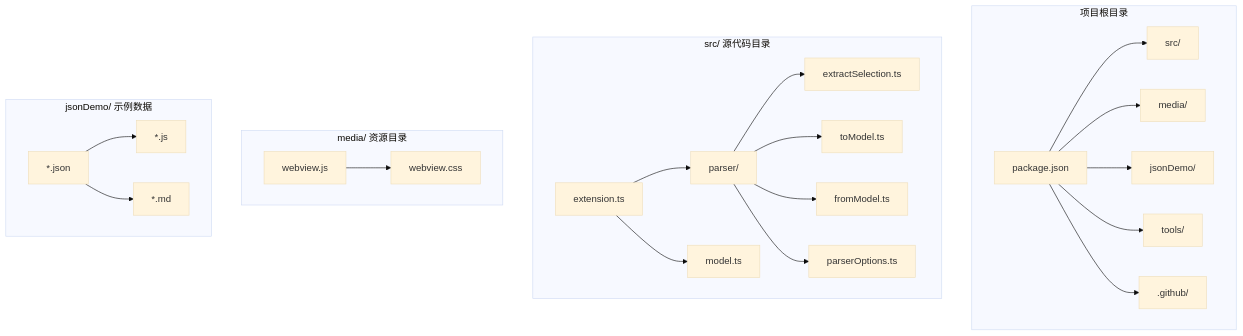
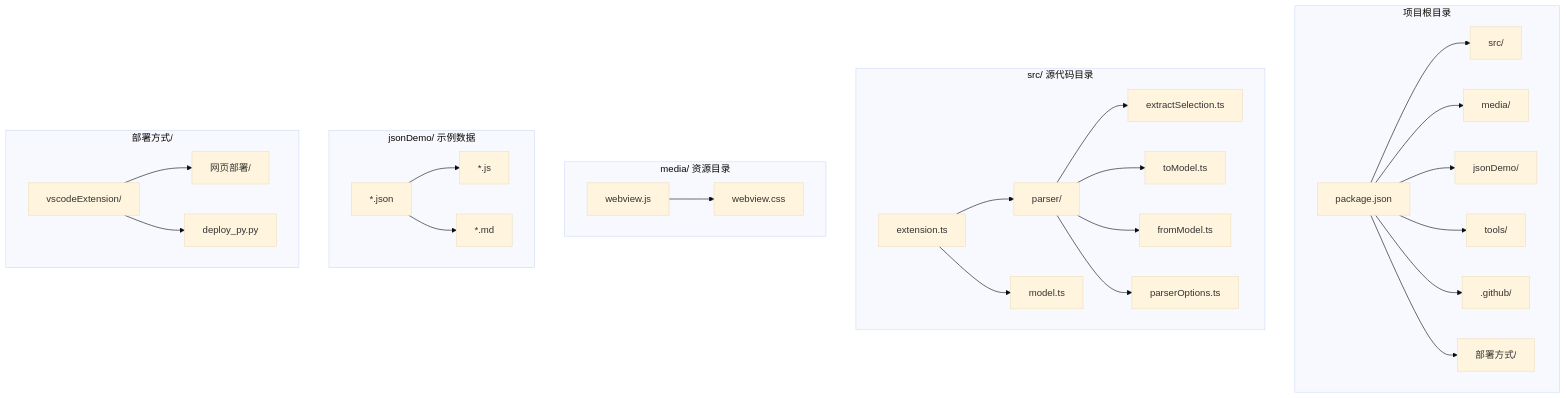
One commit to meiok1/wysjson changed the first of 11 diagrams in .qoder/repowiki/zh/content/开发者指南/开发者指南.md. Above: the diagram before and after it, drawn with Mermaid (base theme). The commit also changed other lines of this file and 9 other files, not shown here.

````diff
--- a/.qoder/repowiki/zh/content/开发者指南/开发者指南.md
+++ b/.qoder/repowiki/zh/content/开发者指南/开发者指南.md
@@ -49,25 +61,30 @@
 ```mermaid
 graph TB
 subgraph "项目根目录"
 A[package.json] --> B[src/]
 A --> C[media/]
 A --> D[jsonDemo/]
 A --> E[tools/]
 A --> F[.github/]
+A --> G[部署方式/]
 end
 subgraph "src/ 源代码目录"
 B1[extension.ts] --> B2[parser/]
 B1 --> B3[model.ts]
 B2 --> B4[extractSelection.ts]
 B2 --> B5[toModel.ts]
 B2 --> B6[fromModel.ts]
 B2 --> B7[parserOptions.ts]
 end
 subgraph "media/ 资源目录"
 C1[webview.js] --> C2[webview.css]
 end
 subgraph "jsonDemo/ 示例数据"
 D1[*.json] --> D2[*.js]
 D1 --> D3[*.md]
 end
+subgraph "部署方式/"
+G1[vscodeExtension/] --> G2[网页部署/]
+G1 --> G3[deploy_py.py]
+end
 ```
````
